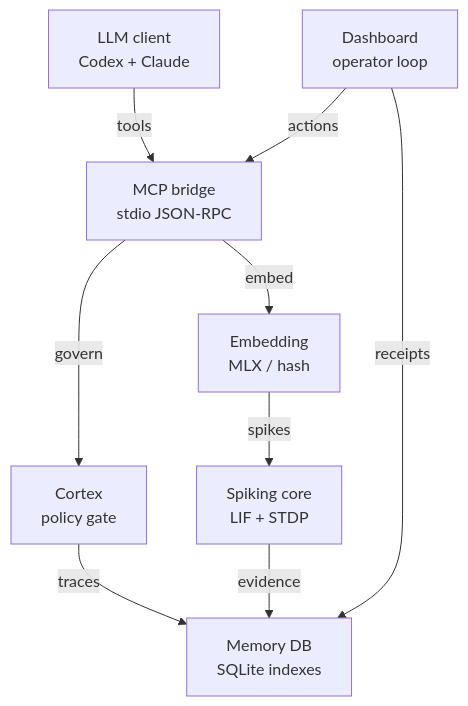
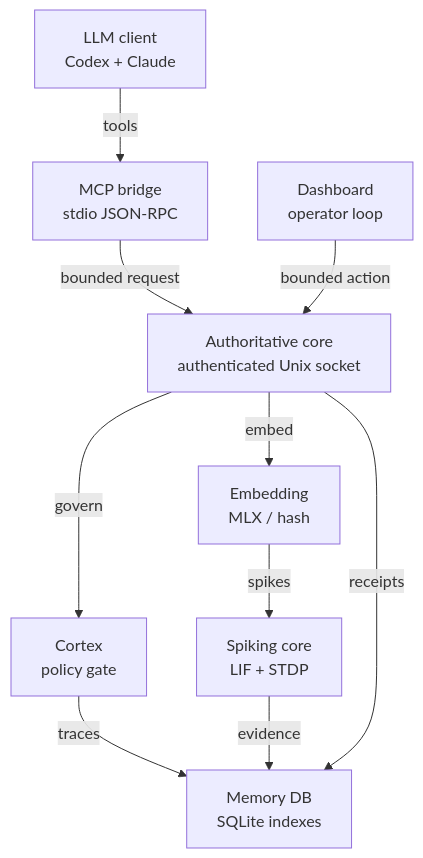
The first of 2 diagrams in README.md (driverd12/SYNAPSE-S2), drawn with Mermaid before and after one commit. The commit also changed other lines of this file and 72 other files, not shown here.

Commit message:
feat: add authoritative core service

````diff
--- a/README.md
+++ b/README.md
@@ -679,19 +756,21 @@
 ```mermaid
 flowchart TB
   Client["LLM client<br/>Codex + Claude"]
   MCP["MCP bridge<br/>stdio JSON-RPC"]
+  Core["Authoritative core<br/>authenticated Unix socket"]
   Embedding["Embedding<br/>MLX / hash"]
   Cortex["Cortex<br/>policy gate"]
   Memory["Spiking core<br/>LIF + STDP"]
   Store["Memory DB<br/>SQLite indexes"]
   Dashboard["Dashboard<br/>operator loop"]
 
   Client -->|"tools"| MCP
-  MCP -->|"embed"| Embedding
+  MCP -->|"bounded request"| Core
+  Core -->|"embed"| Embedding
   Embedding -->|"spikes"| Memory
-  MCP -->|"govern"| Cortex
+  Core -->|"govern"| Cortex
   Cortex -->|"traces"| Store
   Memory -->|"evidence"| Store
-  Dashboard -->|"actions"| MCP
-  Dashboard -->|"receipts"| Store
+  Dashboard -->|"bounded action"| Core
+  Core -->|"receipts"| Store
 ```
````
